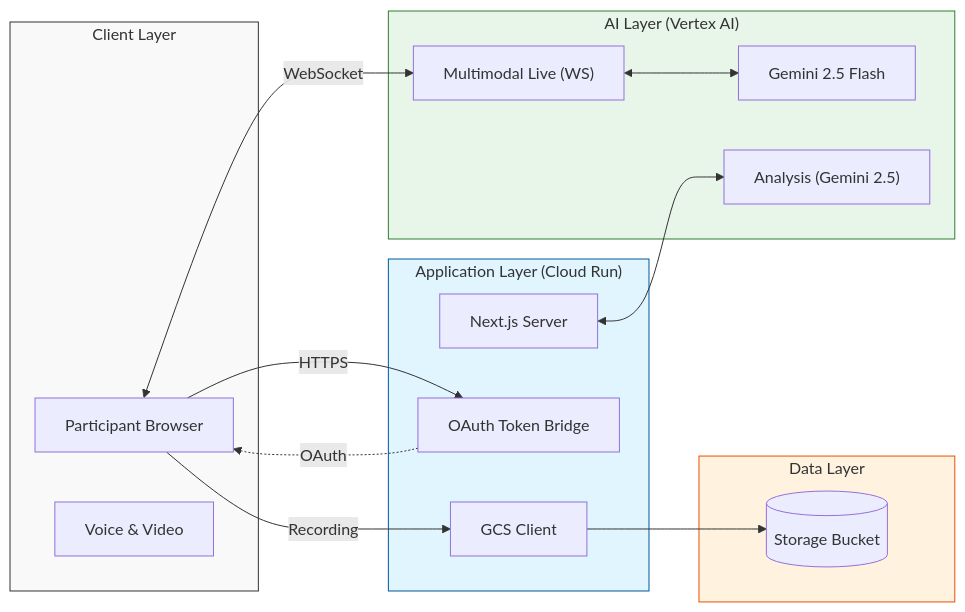
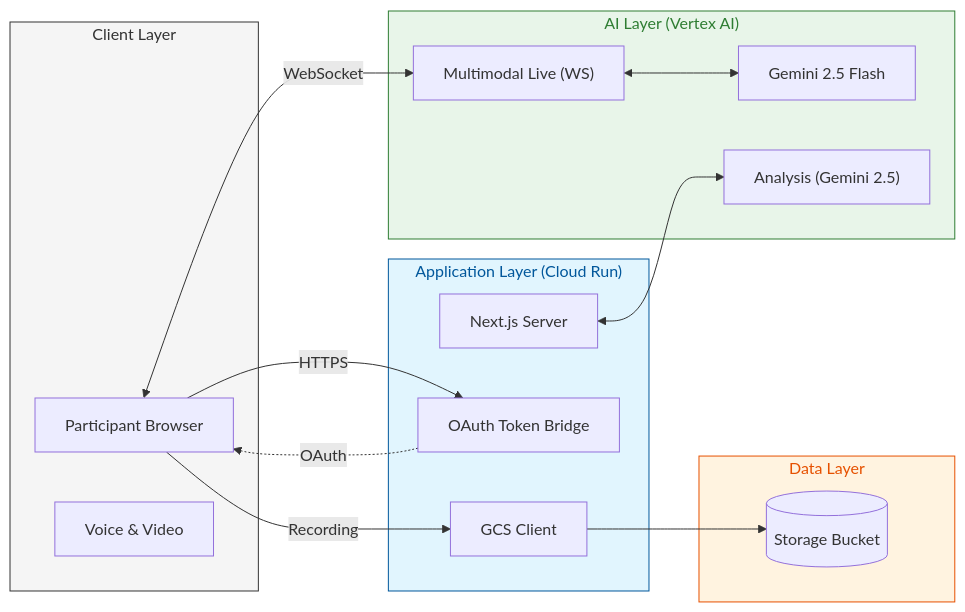
One commit to v7h-lab/Fieldwork changed the diagram in README.md. Above: the diagram before and after it, drawn with Mermaid.

Commit message:
docs: improve architecture diagram contrast for visibility

````diff
--- a/README.md
+++ b/README.md
@@ -17,46 +17,46 @@
 ```mermaid
 graph LR
     subgraph Client ["Client Layer"]
         User["Participant Browser"]
         Voice["Voice & Video"]
     end
 
     subgraph App ["Application Layer (Cloud Run)"]
         NextJS["Next.js Server"]
         TokenAuth["OAuth Token Bridge"]
         Storage["GCS Client"]
     end
 
     subgraph AI ["AI Layer (Vertex AI)"]
         LiveAPI["Multimodal Live (WS)"]
         GeminiLive["Gemini 2.5 Flash"]
         Flash25["Analysis (Gemini 2.5)"]
     end
 
     subgraph Data ["Data Layer"]
         GCS[("Storage Bucket")]
     end
 
     %% Interactions
     User <-->|WebSocket| LiveAPI
     LiveAPI <--> GeminiLive
     
     User -- HTTPS --> TokenAuth
     TokenAuth -.->|OAuth| User
     
     User -- Recording --> Storage
     Storage --> GCS
     
     NextJS <--> Flash25
 
     %% Styling
-    classDef client fill:#f9f9f9,stroke:#333;
-    classDef app fill:#e1f5fe,stroke:#01579b;
-    classDef ai fill:#e8f5e9,stroke:#2e7d32;
-    classDef data fill:#fff3e0,stroke:#e65100;
+    classDef client fill:#f5f5f5,stroke:#333,color:#333;
+    classDef app fill:#e1f5fe,stroke:#01579b,color:#01579b;
+    classDef ai fill:#e8f5e9,stroke:#2e7d32,color:#2e7d32;
+    classDef data fill:#fff3e0,stroke:#e65100,color:#e65100;
     
     class Client client;
     class App app;
     class AI ai;
     class Data data;
 ```
````
